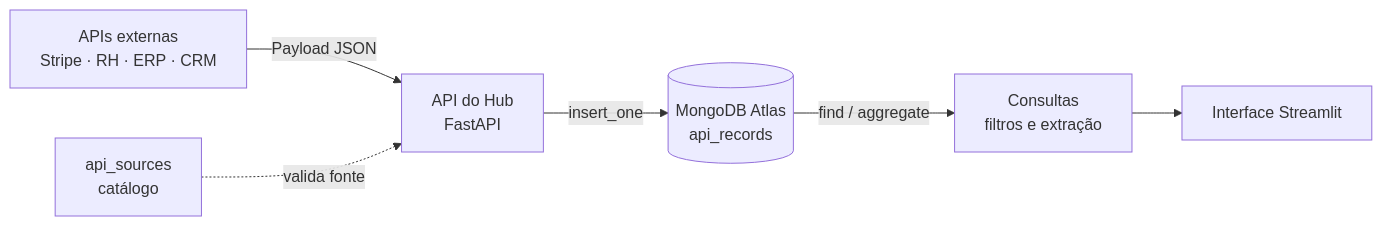
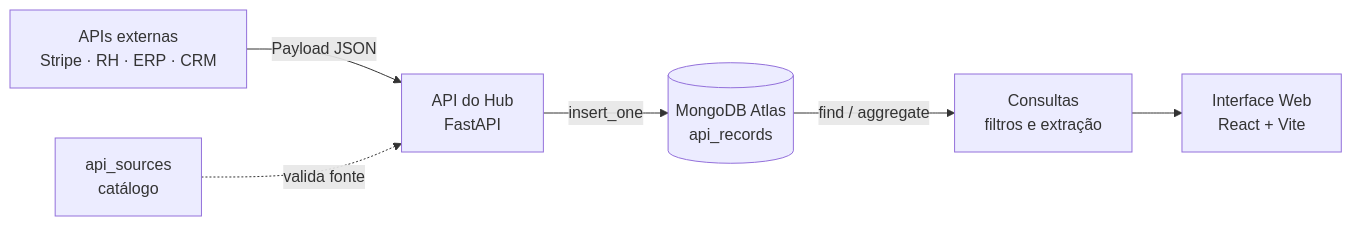
One commit to AugustoNaves/integration-hub changed the diagram in docs/system-description.md. Above: the diagram before and after it, drawn with Mermaid. The commit also changed other lines of this file and 10 other files, not shown here.

First line of the commit message:
feat: adiciona busca textual e pipelines avancados de schema e facet analytics

````diff
--- a/docs/system-description.md
+++ b/docs/system-description.md
@@ -33,8 +33,8 @@
 ```mermaid
 flowchart LR
     A["APIs externas<br/>Stripe · RH · ERP · CRM"] -->|"Payload JSON"| B["API do Hub<br/>FastAPI"]
     B -->|"insert_one"| C[("MongoDB Atlas<br/>api_records")]
     D["api_sources<br/>catálogo"] -.->|"valida fonte"| B
     C -->|"find / aggregate"| E["Consultas<br/>filtros e extração"]
-    E --> F["Interface Streamlit"]
+    E --> F["Interface Web<br/>React + Vite"]
 ```
````
